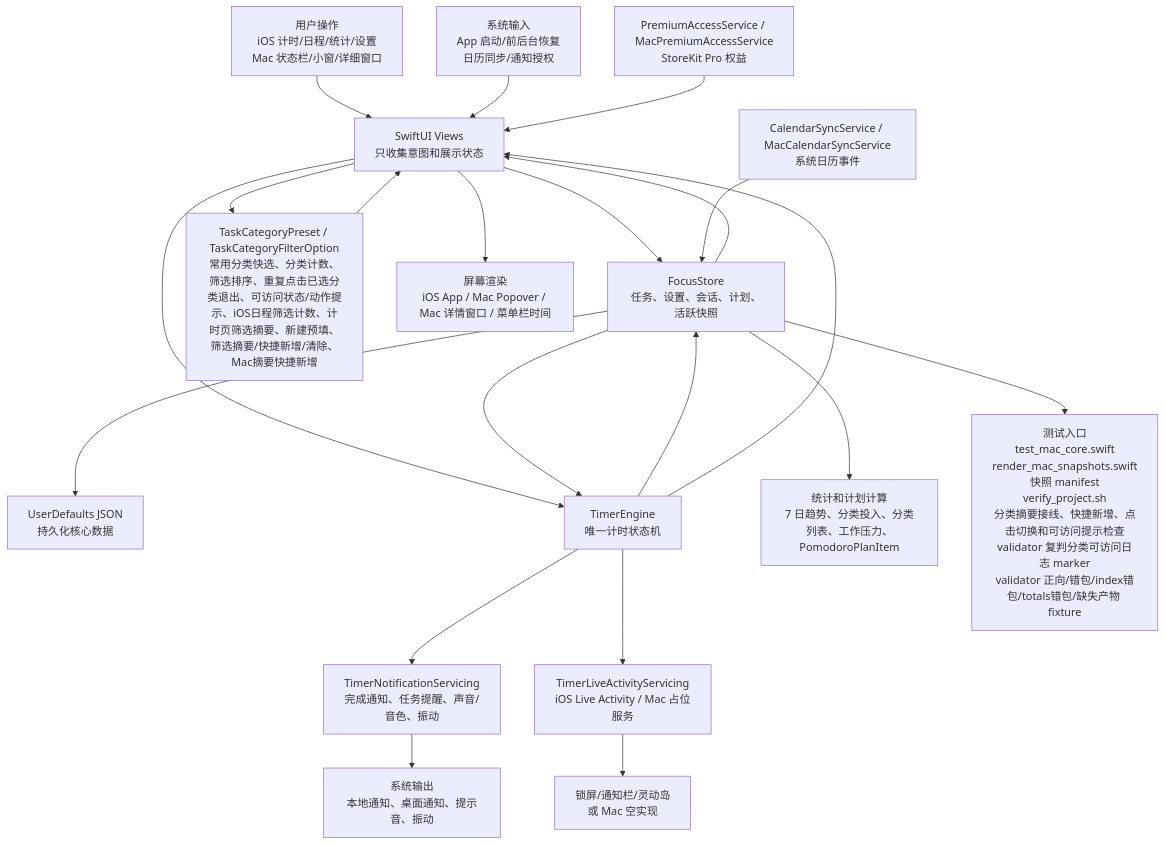
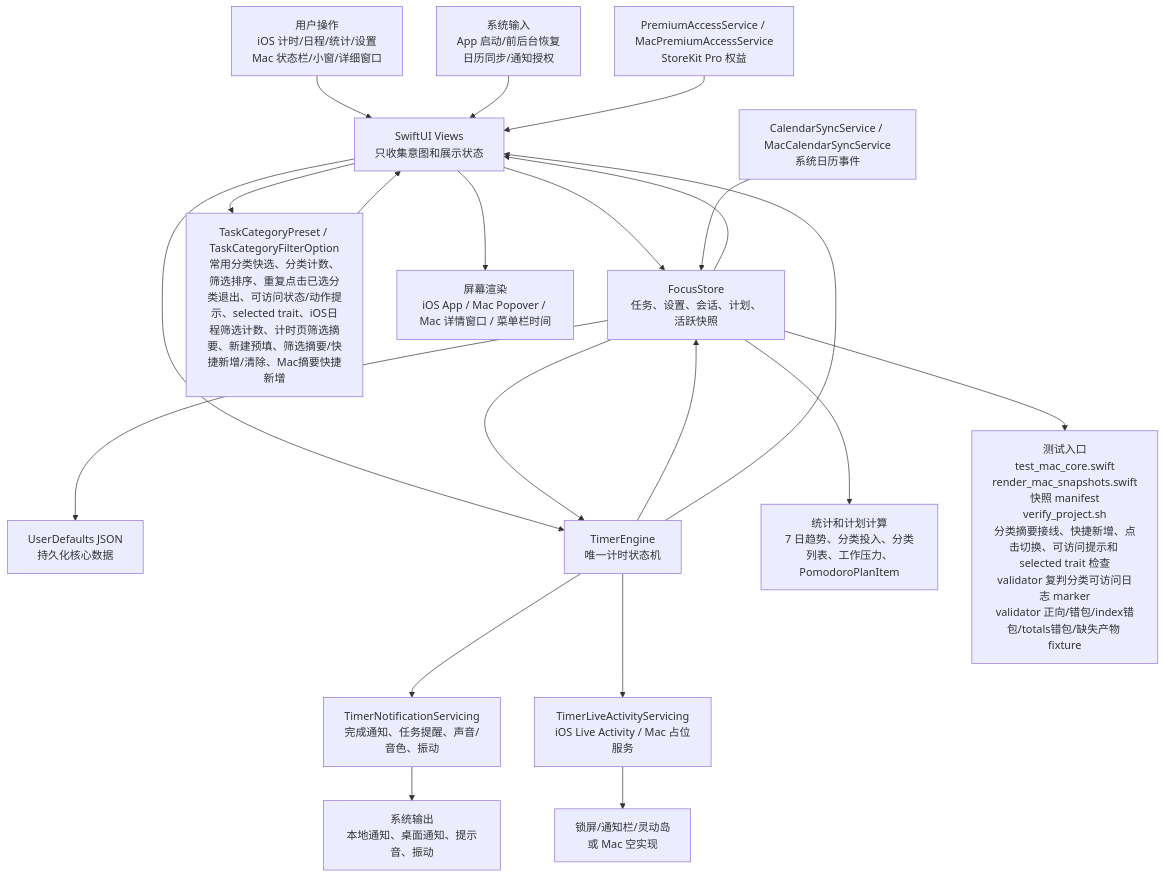
The first of 6 diagrams in md/flow/flowchart.md (Altman-sam114/114), drawn with Mermaid before and after one commit. The commit also changed other lines of this file and 9 other files, not shown here.

````diff
--- a/md/flow/flowchart.md
+++ b/md/flow/flowchart.md
@@ -9,23 +9,23 @@
 ```mermaid
 flowchart TD
   U["用户操作<br/>iOS 计时/日程/统计/设置<br/>Mac 状态栏/小窗/详细窗口"] --> V["SwiftUI Views<br/>只收集意图和展示状态"]
   SYS["系统输入<br/>App 启动/前后台恢复<br/>日历同步/通知授权"] --> V
   V --> S["FocusStore<br/>任务、设置、会话、计划、活跃快照"]
-  V --> CAT["TaskCategoryPreset / TaskCategoryFilterOption<br/>常用分类快选、分类计数、筛选排序、重复点击已选分类退出、可访问状态/动作提示、iOS日程筛选计数、计时页筛选摘要、新建预填、筛选摘要/快捷新增/清除、Mac摘要快捷新增"]
+  V --> CAT["TaskCategoryPreset / TaskCategoryFilterOption<br/>常用分类快选、分类计数、筛选排序、重复点击已选分类退出、可访问状态/动作提示、selected trait、iOS日程筛选计数、计时页筛选摘要、新建预填、筛选摘要/快捷新增/清除、Mac摘要快捷新增"]
   CAT --> V
   S --> P["UserDefaults JSON<br/>持久化核心数据"]
   V --> E["TimerEngine<br/>唯一计时状态机"]
   S --> E
   E --> S
   E --> N["TimerNotificationServicing<br/>完成通知、任务提醒、声音/音色、振动"]
   E --> L["TimerLiveActivityServicing<br/>iOS Live Activity / Mac 占位服务"]
   S --> C["统计和计划计算<br/>7 日趋势、分类投入、分类列表、工作压力、PomodoroPlanItem"]
   CAL["CalendarSyncService / MacCalendarSyncService<br/>系统日历事件"] --> S
   PRO["PremiumAccessService / MacPremiumAccessService<br/>StoreKit Pro 权益"] --> V
   S --> V
   E --> V
   V --> OUT["屏幕渲染<br/>iOS App / Mac Popover / Mac 详情窗口 / 菜单栏时间"]
   N --> OUT2["系统输出<br/>本地通知、桌面通知、提示音、振动"]
   L --> OUT3["锁屏/通知栏/灵动岛<br/>或 Mac 空实现"]
-  S --> T["测试入口<br/>test_mac_core.swift<br/>render_mac_snapshots.swift<br/>快照 manifest<br/>verify_project.sh<br/>分类摘要接线、快捷新增、点击切换和可访问提示检查<br/>validator 复判分类可访问日志 marker<br/>validator 正向/错包/index错包/totals错包/缺失产物 fixture"]
+  S --> T["测试入口<br/>test_mac_core.swift<br/>render_mac_snapshots.swift<br/>快照 manifest<br/>verify_project.sh<br/>分类摘要接线、快捷新增、点击切换、可访问提示和 selected trait 检查<br/>validator 复判分类可访问日志 marker<br/>validator 正向/错包/index错包/totals错包/缺失产物 fixture"]
 ```
````
